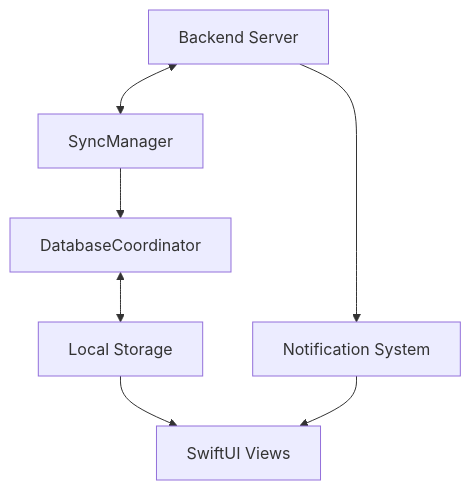
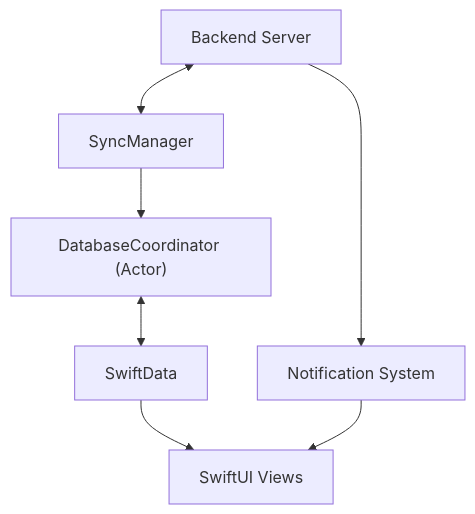
Before and after one commit to jeremyandrews/Argus-app: the first of 2 diagrams in memory-bank/systemPatterns.md, drawn with Mermaid. The commit also changed other lines of this file and 7 other files, not shown here.

````diff
--- a/memory-bank/systemPatterns.md
+++ b/memory-bank/systemPatterns.md
@@ -10,16 +10,16 @@
 ```mermaid
 flowchart TD
     Backend["Backend Server"]
     SyncManager["SyncManager"]
-    DbCoord["DatabaseCoordinator"]
-    LocalStorage["Local Storage"]
+    DbCoord["DatabaseCoordinator (Actor)"]
+    LocalStorage["SwiftData"]
     NotificationSystem["Notification System"]
     UI["SwiftUI Views"]
     
     Backend <--> SyncManager
     SyncManager --> DbCoord
     DbCoord <--> LocalStorage
     LocalStorage --> UI
     Backend --> NotificationSystem
     NotificationSystem --> UI
 ```
````
